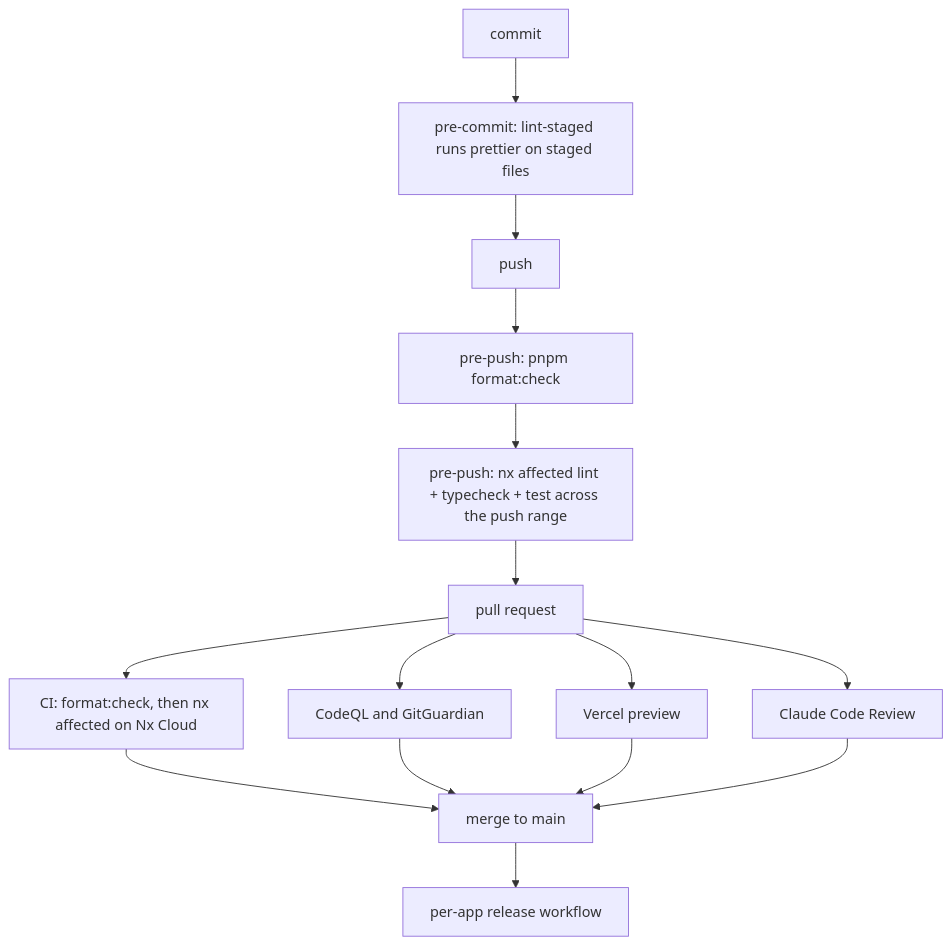
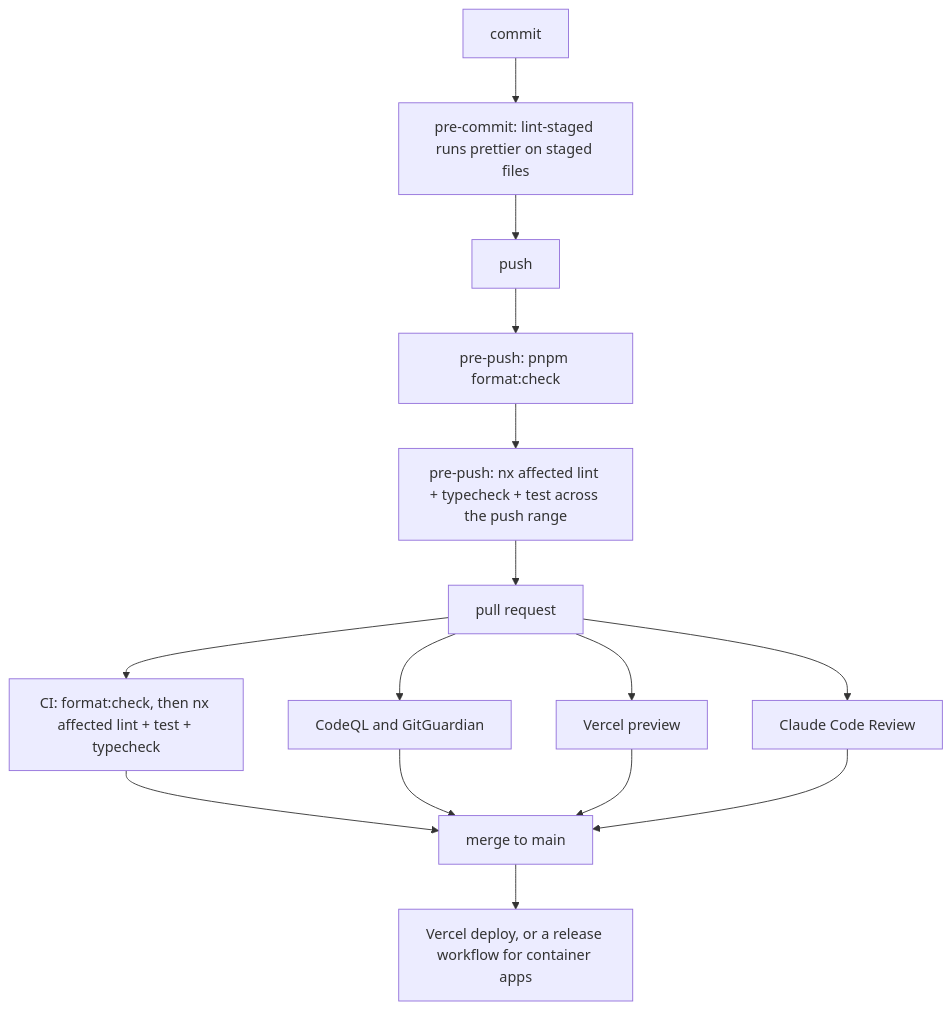
The second of 2 diagrams in README.md (rainforest-dev/rainforest-monorepo), drawn with Mermaid before and after one commit. The commit also changed other lines of this file, not shown here.

````diff
--- a/README.md
+++ b/README.md
@@ -61,17 +61,17 @@
 ```mermaid
 flowchart TD
   A[commit] --> B[pre-commit: lint-staged runs prettier on staged files]
   B --> C[push]
   C --> D[pre-push: pnpm format:check]
   D --> E[pre-push: nx affected lint + typecheck + test across the push range]
   E --> F[pull request]
-  F --> G[CI: format:check, then nx affected on Nx Cloud]
+  F --> G[CI: format:check, then nx affected lint + test + typecheck]
   F --> H[CodeQL and GitGuardian]
   F --> I[Vercel preview]
   F --> J[Claude Code Review]
   G --> K[merge to main]
   H --> K
   I --> K
   J --> K
-  K --> L[per-app release workflow]
+  K --> L[Vercel deploy, or a release workflow for container apps]
 ```
````
